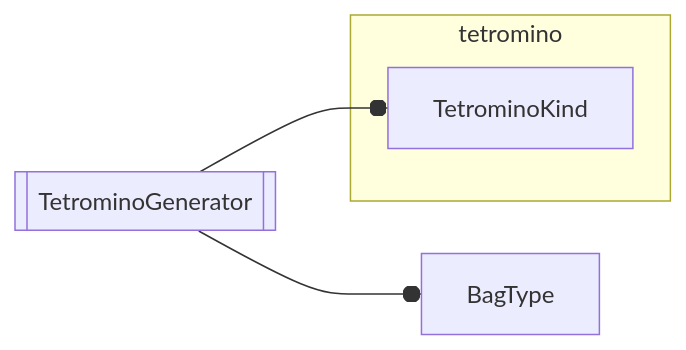
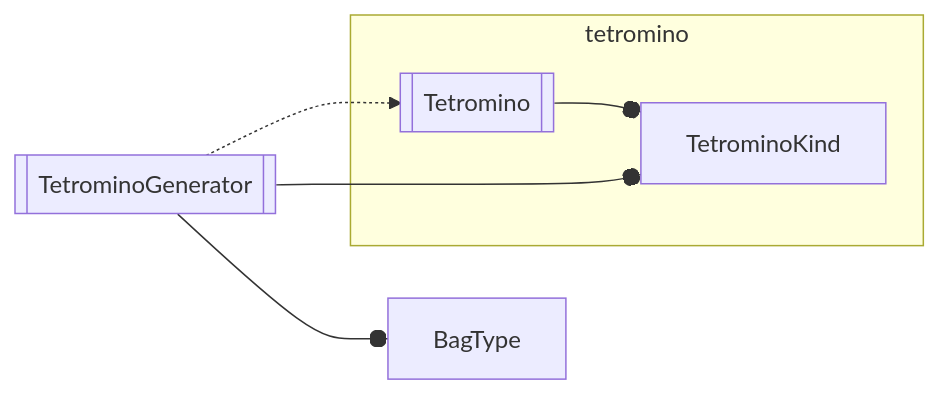
The diagram in tetris_core/src/tetromino_generator.mmd (inesvar/tetris), drawn with Mermaid before and after one commit. The commit also changed 3 other files, not shown here.

Commit message:
Update doc for TetrominoGenerator

```diff
--- a/tetris_core/src/tetromino_generator.mmd
+++ b/tetris_core/src/tetromino_generator.mmd
@@ -1,11 +1,13 @@
 graph LR
     %% objects
     BagType[BagType]
     TetrominoGenerator[[TetrominoGenerator]]
+    Tetromino[[Tetromino]]
 
     subgraph tetromino
-        TetrominoKind
+        Tetromino --o TetrominoKind
     end
 
     TetrominoGenerator --o BagType
     TetrominoGenerator --o TetrominoKind
+    TetrominoGenerator -.-> Tetromino
```
